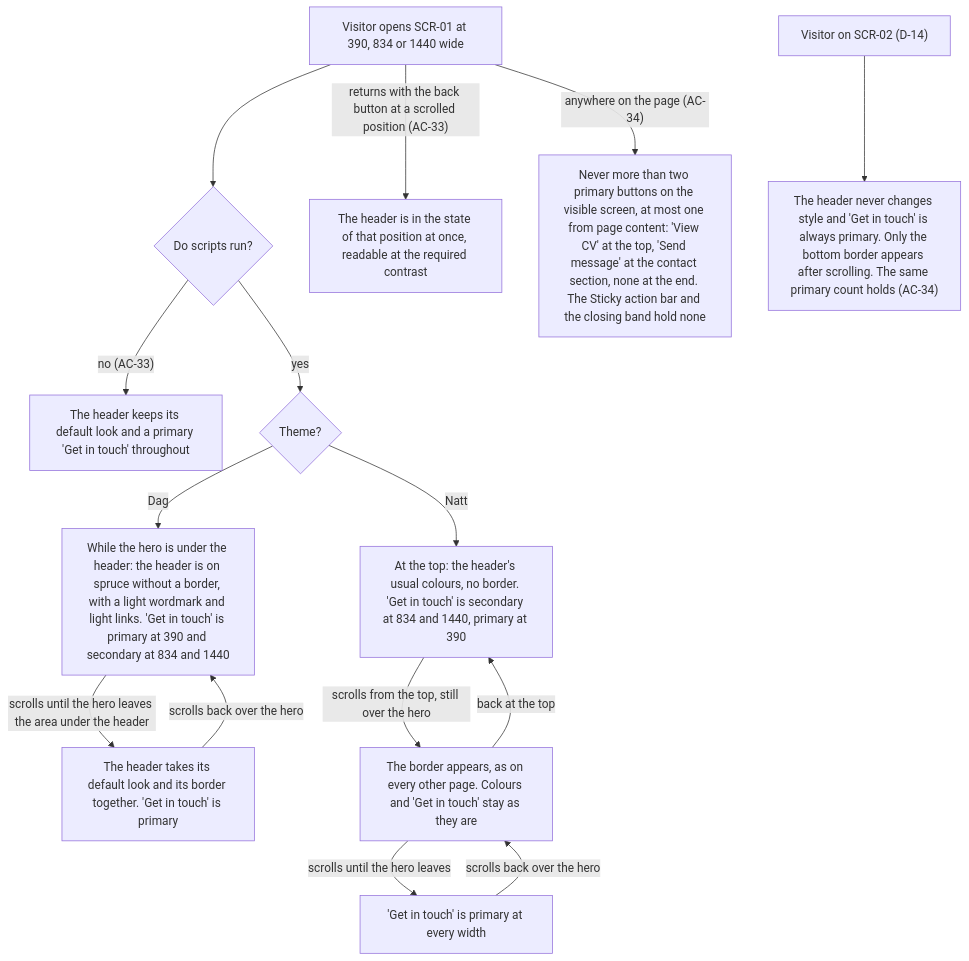
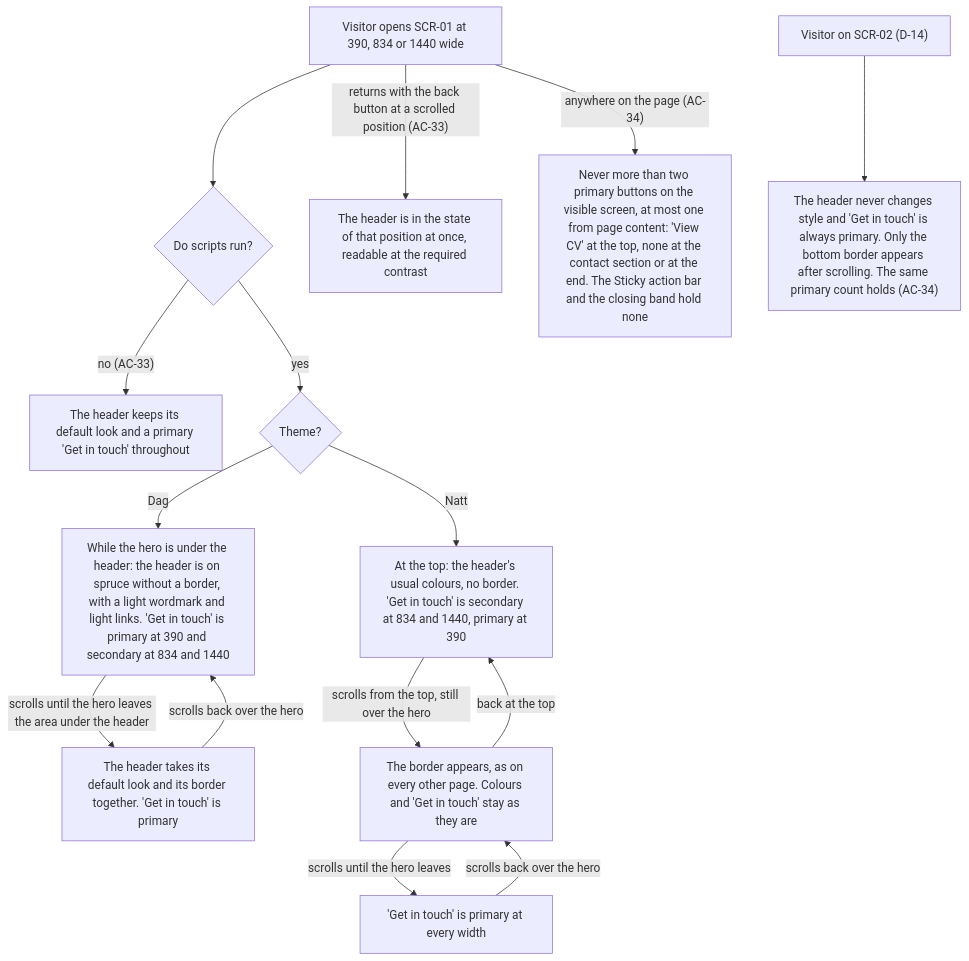
Before and after one commit to Ponomaleks/alpon.dev: the ninth of 10 diagrams in docs/features/home/ux-flows.md, drawn with Mermaid. The commit also changed other lines of this file and 2 other files, not shown here.

````diff
--- a/docs/features/home/ux-flows.md
+++ b/docs/features/home/ux-flows.md
@@ -237,17 +208,17 @@
 ```mermaid
 flowchart TD
     A["Visitor opens SCR-01 at 390, 834 or 1440 wide"] --> B{"Do scripts run?"}
     B -->|"no (AC-33)"| N["The header keeps its default look and a primary 'Get in touch' throughout"]
     B -->|"yes"| T{"Theme?"}
     T -->|"Dag"| D1["While the hero is under the header: the header is on spruce without a border, with a light wordmark and light links. 'Get in touch' is primary at 390 and secondary at 834 and 1440"]
     D1 -->|"scrolls until the hero leaves the area under the header"| D2["The header takes its default look and its border together. 'Get in touch' is primary"]
     D2 -->|"scrolls back over the hero"| D1
     T -->|"Natt"| N1["At the top: the header's usual colours, no border. 'Get in touch' is secondary at 834 and 1440, primary at 390"]
     N1 -->|"scrolls from the top, still over the hero"| N2["The border appears, as on every other page. Colours and 'Get in touch' stay as they are"]
     N2 -->|"scrolls until the hero leaves"| N3["'Get in touch' is primary at every width"]
     N3 -->|"scrolls back over the hero"| N2
     N2 -->|"back at the top"| N1
     A -->|"returns with the back button at a scrolled position (AC-33)"| R["The header is in the state of that position at once, readable at the required contrast"]
-    A -->|"anywhere on the page (AC-34)"| P["Never more than two primary buttons on the visible screen, at most one from page content: 'View CV' at the top, 'Send message' at the contact section, none at the end. The Sticky action bar and the closing band hold none"]
+    A -->|"anywhere on the page (AC-34)"| P["Never more than two primary buttons on the visible screen, at most one from page content: 'View CV' at the top, none at the contact section or at the end. The Sticky action bar and the closing band hold none"]
     O["Visitor on SCR-02 (D-14)"] --> O1["The header never changes style and 'Get in touch' is always primary. Only the bottom border appears after scrolling. The same primary count holds (AC-34)"]
 ```
````
